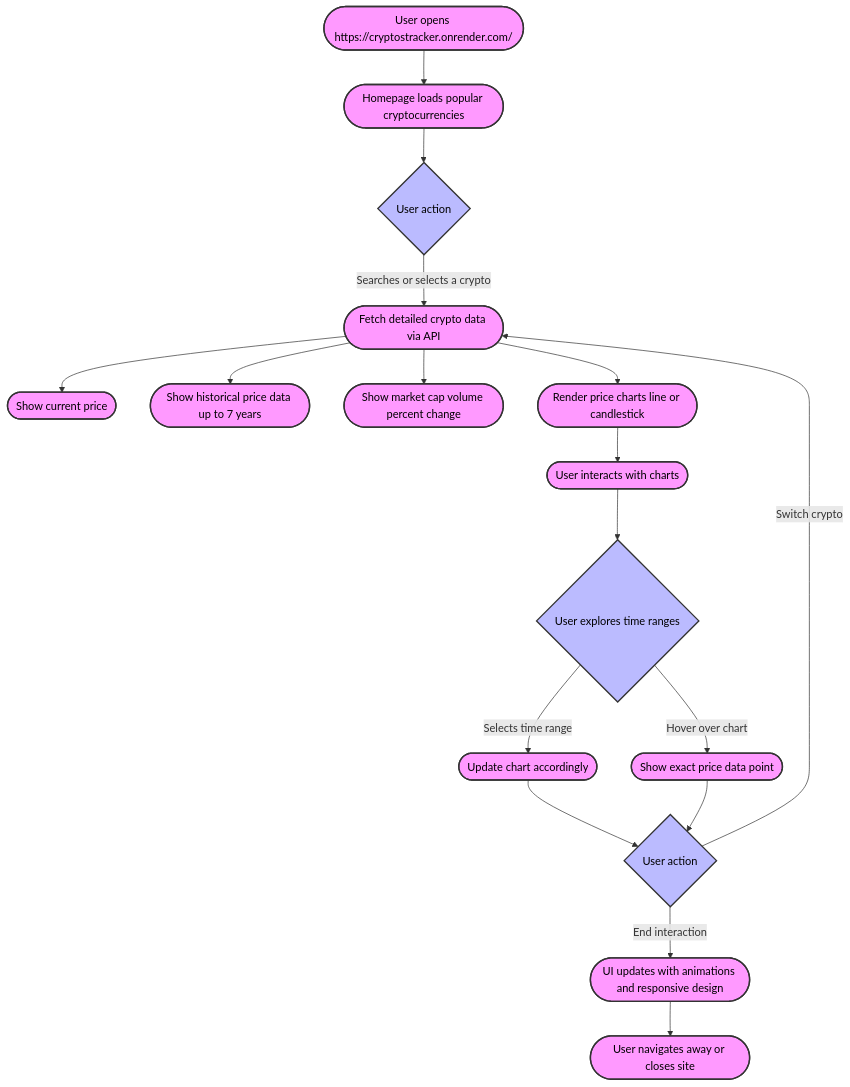
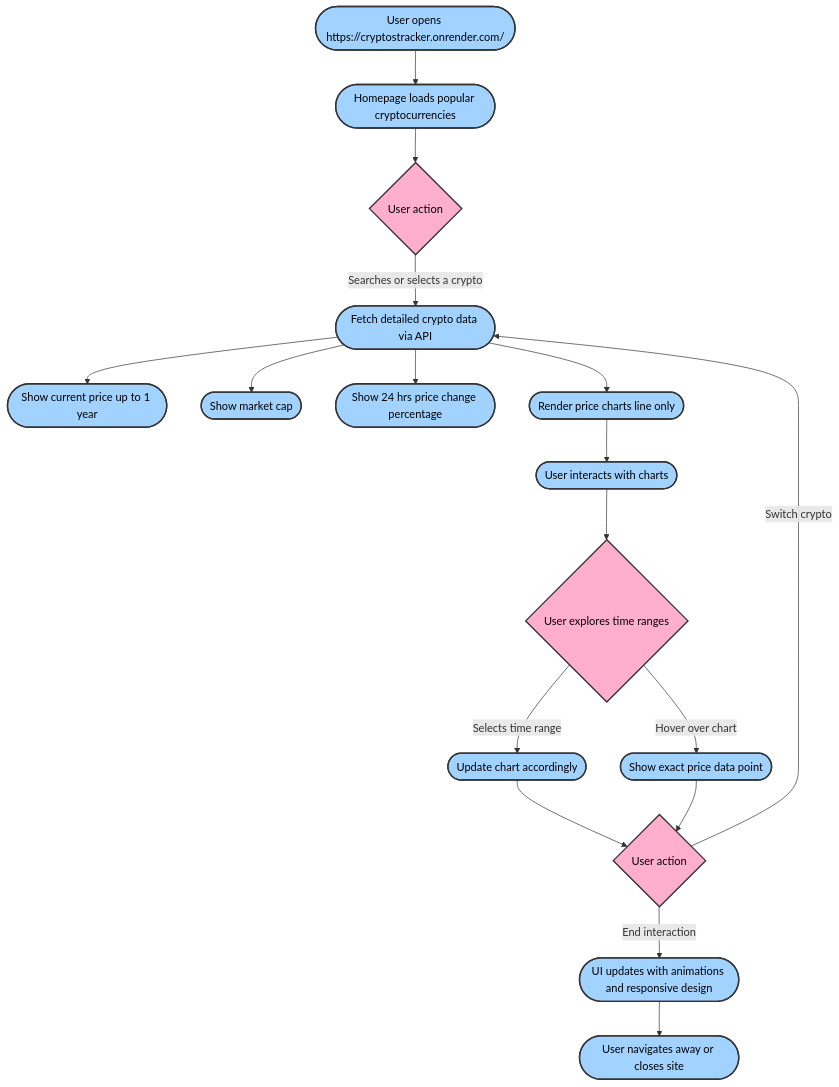
The diagram in README.md (deepak-pandey1/Crypto-Tracker), drawn with Mermaid before and after one commit.

````diff
--- a/README.md
+++ b/README.md
@@ -13,37 +13,38 @@
 ```mermaid
 graph TD
     %% Define nodes with shapes
     A([User opens https://cryptostracker.onrender.com/]) --> B([Homepage loads popular cryptocurrencies])
     B --> C{User action}
     
     C -->|Searches or selects a crypto| D([Fetch detailed crypto data via API])
     
-    D --> E([Show current price])
-    D --> F([Show historical price data up to 7 years])
-    D --> G([Show market cap volume percent change])
-    D --> H([Render price charts line or candlestick])
+    D --> E([Show current price up to 1 year])
+    D --> F([Show market cap])
+    D --> G([Show 24 hrs price change percentage])
+    D --> H([Render price charts line only])
     
     H --> I([User interacts with charts])
     
     I --> J{User explores time ranges}
     J -->|Selects time range| K([Update chart accordingly])
     J -->|Hover over chart| L([Show exact price data point])
     
     K --> M{User action}
     L --> M
     
     M -->|Switch crypto| D
     M -->|End interaction| N([UI updates with animations and responsive design])
     
     N --> O([User navigates away or closes site])
     
     %% Styling nodes
-    classDef process fill:#f9f,stroke:#333,stroke-width:2px,color:#000,rounded
-    classDef decision fill:#bbf,stroke:#333,stroke-width:2px,color:#000,diamond
+    classDef process fill:#a2d2ff,stroke:#333,stroke-width:2px,color:#000,rounded
+    classDef decision fill:#ffafcc,stroke:#333,stroke-width:2px,color:#000,diamond
     
     class A,B,D,E,F,G,H,I,K,L,N,O process
     class C,J,M decision
 
 
 
+
 ```
````
